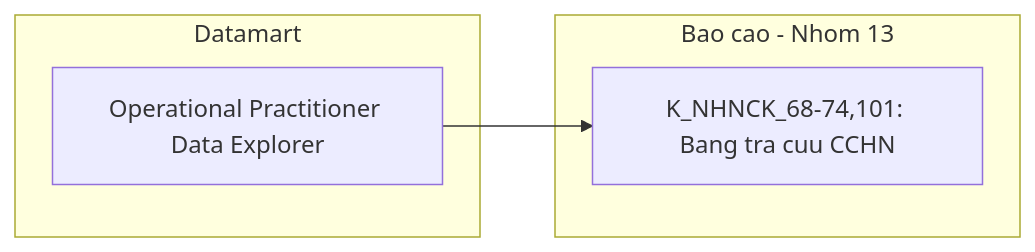
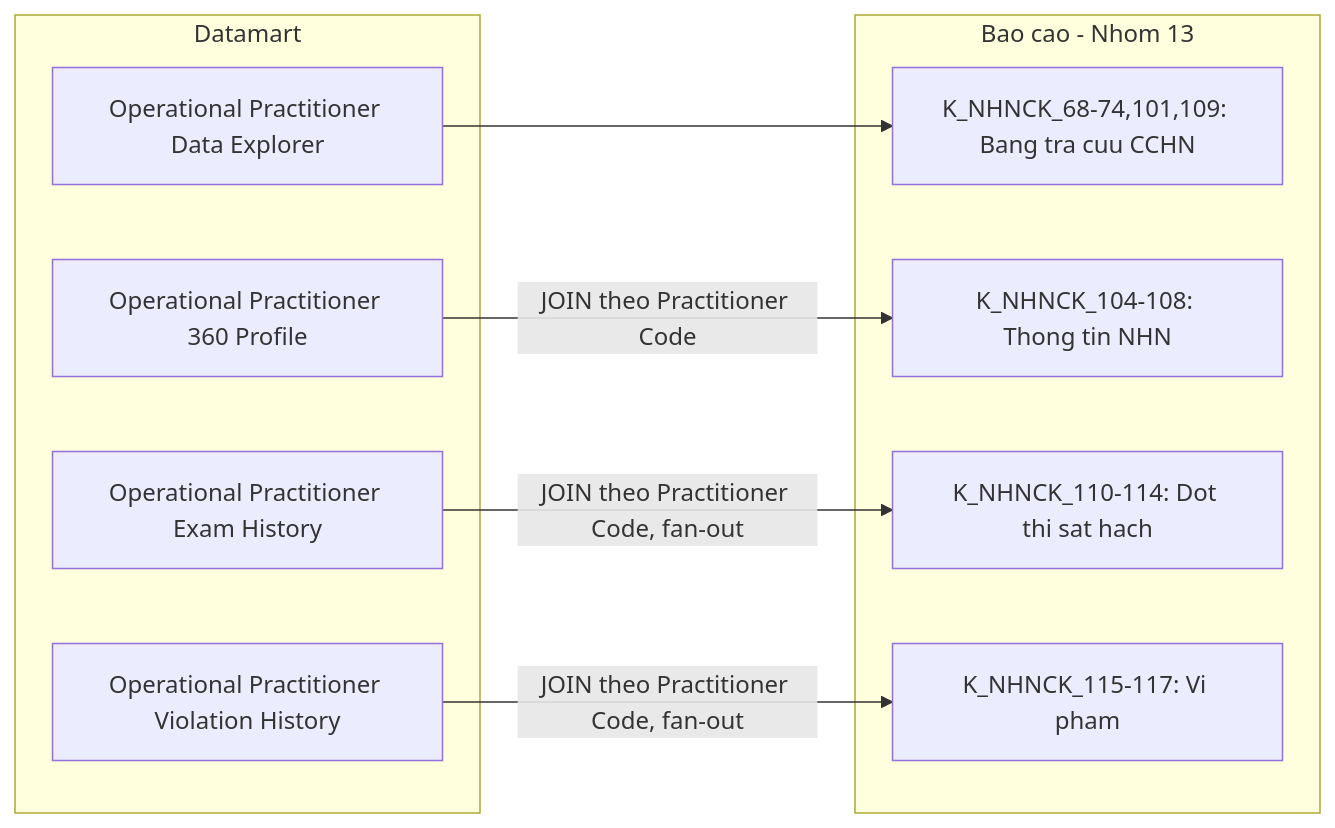
One commit to linhlvit/ubck_atomic_design changed diagram 39 of 40 in Datamart/hld/DTM_NHNCK_HLD.md. Above: the diagram before and after it, drawn with Mermaid. The commit also changed other lines of this file and 8 other files, not shown here.

````diff
--- a/Datamart/hld/DTM_NHNCK_HLD.md
+++ b/Datamart/hld/DTM_NHNCK_HLD.md
@@ -1566,10 +1594,19 @@
 ```mermaid
 flowchart LR
     subgraph Datamart["Datamart"]
         G1["Operational Practitioner Data Explorer"]
+        G2["Operational Practitioner 360 Profile"]
+        G3["Operational Practitioner Exam History"]
+        G4["Operational Practitioner Violation History"]
     end
     subgraph RPT["Bao cao - Nhom 13"]
-        R1["K_NHNCK_68-74,101: Bang tra cuu CCHN"]
+        R1["K_NHNCK_68-74,101,109: Bang tra cuu CCHN"]
+        R2["K_NHNCK_104-108: Thong tin NHN"]
+        R3["K_NHNCK_110-114: Dot thi sat hach"]
+        R4["K_NHNCK_115-117: Vi pham"]
     end
     G1 --> R1
+    G2 -- "JOIN theo Practitioner Code" --> R2
+    G3 -- "JOIN theo Practitioner Code, fan-out" --> R3
+    G4 -- "JOIN theo Practitioner Code, fan-out" --> R4
 ```
````
